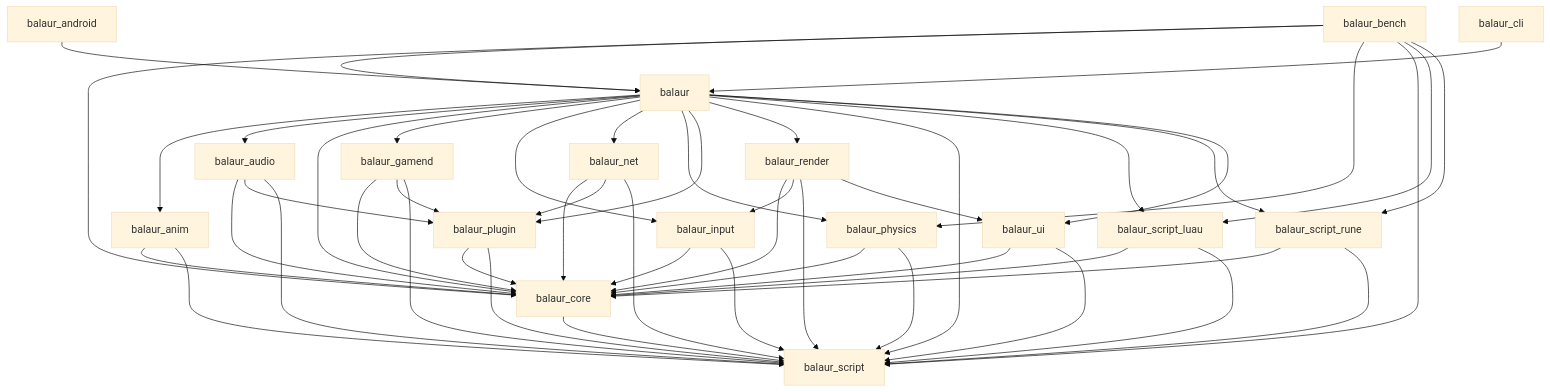
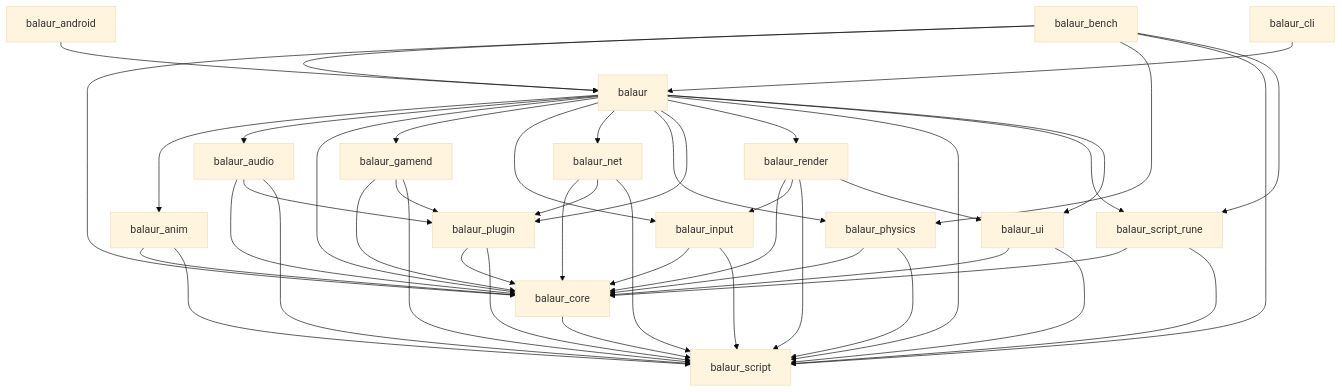
Before and after one commit to balaurengine/balaur: the diagram in docs/generated/crate-graph.md, drawn with Mermaid (base theme). The commit also changed 7 other files, not shown here.

````diff
--- a/docs/generated/crate-graph.md
+++ b/docs/generated/crate-graph.md
@@ -8,69 +8,64 @@
 ```mermaid
 graph TD
   balaur[balaur]
   balaur_android[balaur_android]
   balaur_anim[balaur_anim]
   balaur_audio[balaur_audio]
   balaur_bench[balaur_bench]
   balaur_cli[balaur_cli]
   balaur_core[balaur_core]
   balaur_gamend[balaur_gamend]
   balaur_input[balaur_input]
   balaur_net[balaur_net]
   balaur_physics[balaur_physics]
   balaur_plugin[balaur_plugin]
   balaur_render[balaur_render]
   balaur_script[balaur_script]
-  balaur_script_luau[balaur_script_luau]
   balaur_script_rune[balaur_script_rune]
   balaur_ui[balaur_ui]
   balaur --> balaur_anim
   balaur --> balaur_audio
   balaur --> balaur_core
   balaur --> balaur_gamend
   balaur --> balaur_input
   balaur --> balaur_net
   balaur --> balaur_physics
   balaur --> balaur_plugin
   balaur --> balaur_render
   balaur --> balaur_script
-  balaur --> balaur_script_luau
   balaur --> balaur_script_rune
   balaur --> balaur_ui
   balaur_android --> balaur
   balaur_anim --> balaur_core
   balaur_anim --> balaur_script
   balaur_audio --> balaur_core
   balaur_audio --> balaur_plugin
   balaur_audio --> balaur_script
   balaur_bench --> balaur
   balaur_bench --> balaur_core
   balaur_bench --> balaur_physics
   balaur_bench --> balaur_script
-  balaur_bench --> balaur_script_luau
   balaur_bench --> balaur_script_rune
   balaur_cli --> balaur
   balaur_core --> balaur_script
   balaur_gamend --> balaur_core
   balaur_gamend --> balaur_plugin
   balaur_gamend --> balaur_script
   balaur_input --> balaur_core
   balaur_input --> balaur_script
   balaur_net --> balaur_core
   balaur_net --> balaur_plugin
   balaur_net --> balaur_script
   balaur_physics --> balaur_core
   balaur_physics --> balaur_script
   balaur_plugin --> balaur_core
   balaur_plugin --> balaur_script
   balaur_render --> balaur_core
   balaur_render --> balaur_input
   balaur_render --> balaur_script
   balaur_render --> balaur_ui
-  balaur_script_luau --> balaur_core
-  balaur_script_luau --> balaur_script
   balaur_script_rune --> balaur_core
   balaur_script_rune --> balaur_script
   balaur_ui --> balaur_core
   balaur_ui --> balaur_script
 ```
````
